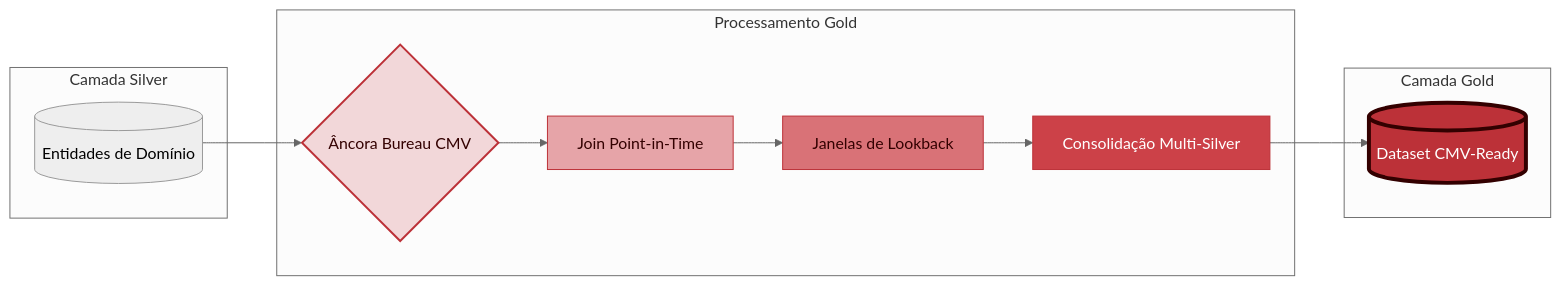
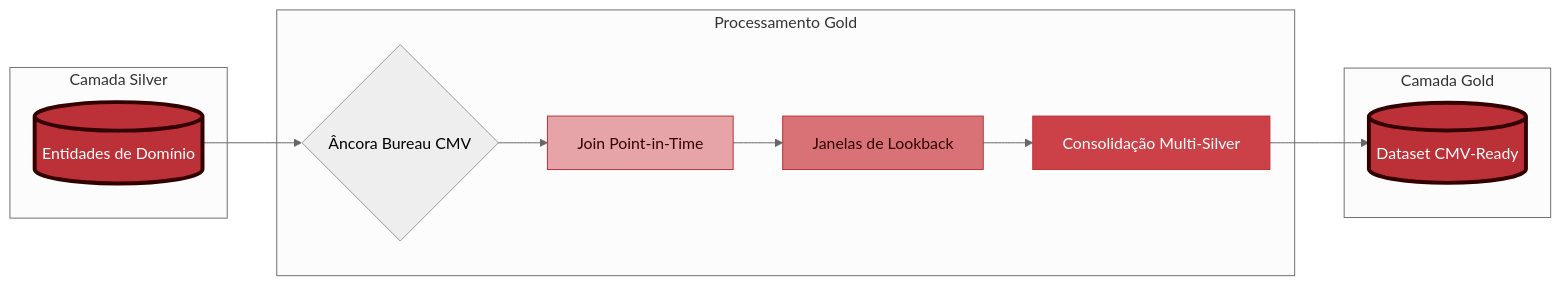
The second of 2 diagrams in docs/data_lineage/temp_entrega_process.md (rafa-trindade/hackathon-pod-squad3-core), drawn with Mermaid (neutral theme) before and after one commit.

Commit message:
docs(docs): adiciona documentação temporária de processamento dos dados

````diff
--- a/docs/data_lineage/temp_entrega_process.md
+++ b/docs/data_lineage/temp_entrega_process.md
@@ -234,30 +234,30 @@
 ```mermaid
 graph LR
     subgraph Silver_Layer [Camada Silver]
         A[(Entidades de Domínio)]
     end
 
     subgraph Gold_Transformation [Processamento Gold]
         B{Âncora Bureau CMV}
         C[Join Point-in-Time]
         D[Janelas de Lookback]
         E[Consolidação Multi-Silver]
     end
 
     subgraph Gold_Layer [Camada Gold]
         F[(Dataset CMV-Ready)]
     end
 
     A --> B
     B --> C
     C --> D
     D --> E
     E --> F
 
     %% Estilização baseada no tom #BC3138
-    style B fill:#F2D7D9,stroke:#BC3138,stroke-width:2px,color:#330000
+    style A fill:#BC3138,stroke:#330000,stroke-width:4px,color:#fff
     style C fill:#E6A4A8,stroke:#BC3138,color:#330000
     style D fill:#D97277,stroke:#BC3138,color:#330000
     style E fill:#CC4148,stroke:#BC3138,color:#fff
     style F fill:#BC3138,stroke:#330000,stroke-width:4px,color:#fff
 ```
````
